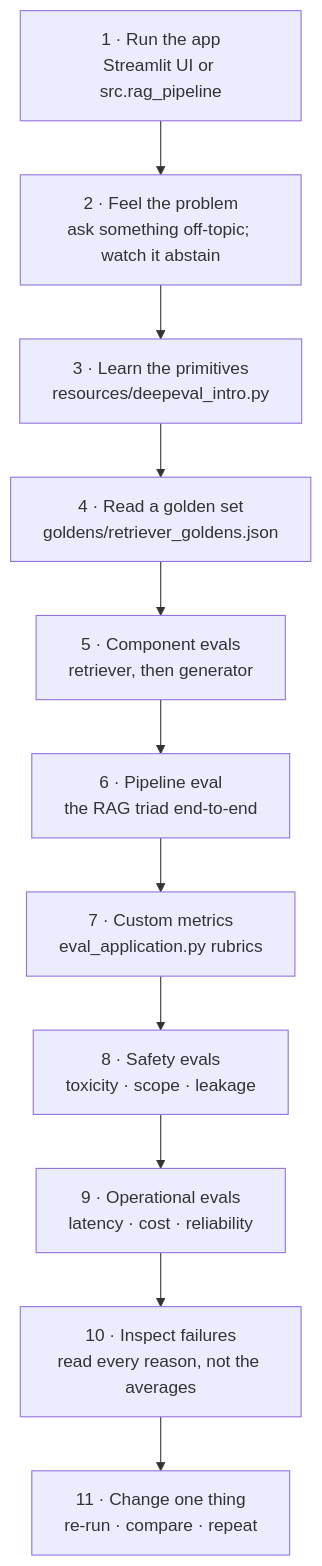
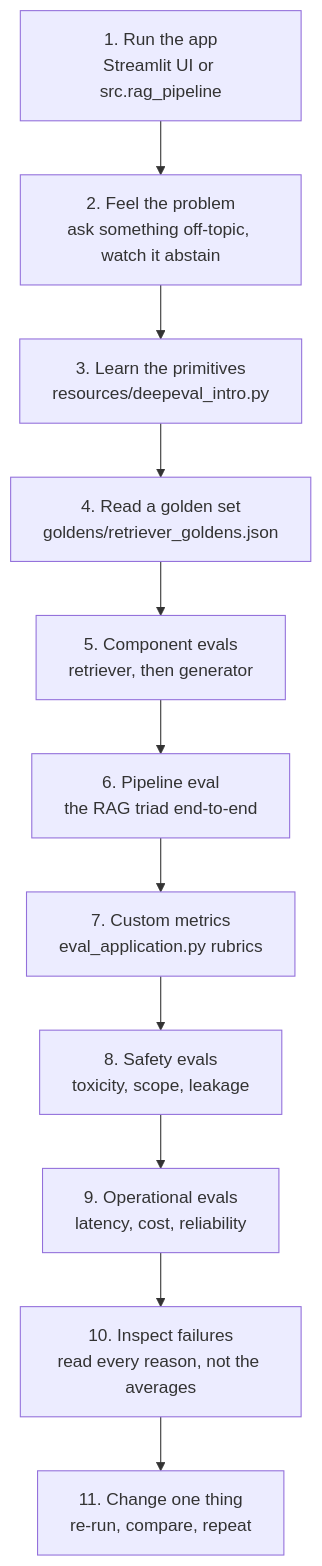
Before and after one commit to GenAIwithMS/rag-eval-deepeval: the fourth of 4 diagrams in README.md, drawn with Mermaid. The commit also changed other lines of this file, not shown here.

````diff
--- a/README.md
+++ b/README.md
@@ -645,13 +640,13 @@
 ```mermaid
 flowchart TD
-    A["1 · Run the app<br/>Streamlit UI or src.rag_pipeline"] --> B["2 · Feel the problem<br/>ask something off-topic; watch it abstain"]
-    B --> C["3 · Learn the primitives<br/>resources/deepeval_intro.py"]
-    C --> D["4 · Read a golden set<br/>goldens/retriever_goldens.json"]
-    D --> E["5 · Component evals<br/>retriever, then generator"]
-    E --> F["6 · Pipeline eval<br/>the RAG triad end-to-end"]
-    F --> G["7 · Custom metrics<br/>eval_application.py rubrics"]
-    G --> H["8 · Safety evals<br/>toxicity · scope · leakage"]
-    H --> I["9 · Operational evals<br/>latency · cost · reliability"]
-    I --> J["10 · Inspect failures<br/>read every reason, not the averages"]
-    J --> K["11 · Change one thing<br/>re-run · compare · repeat"]
+    A["1. Run the app<br/>Streamlit UI or src.rag_pipeline"] --> B["2. Feel the problem<br/>ask something off-topic, watch it abstain"]
+    B --> C["3. Learn the primitives<br/>resources/deepeval_intro.py"]
+    C --> D["4. Read a golden set<br/>goldens/retriever_goldens.json"]
+    D --> E["5. Component evals<br/>retriever, then generator"]
+    E --> F["6. Pipeline eval<br/>the RAG triad end-to-end"]
+    F --> G["7. Custom metrics<br/>eval_application.py rubrics"]
+    G --> H["8. Safety evals<br/>toxicity, scope, leakage"]
+    H --> I["9. Operational evals<br/>latency, cost, reliability"]
+    I --> J["10. Inspect failures<br/>read every reason, not the averages"]
+    J --> K["11. Change one thing<br/>re-run, compare, repeat"]
 ```
````
